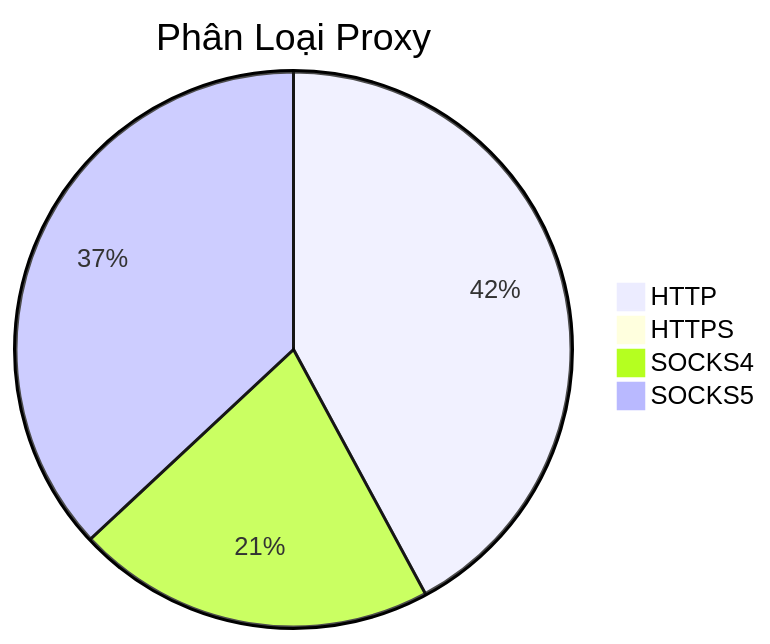
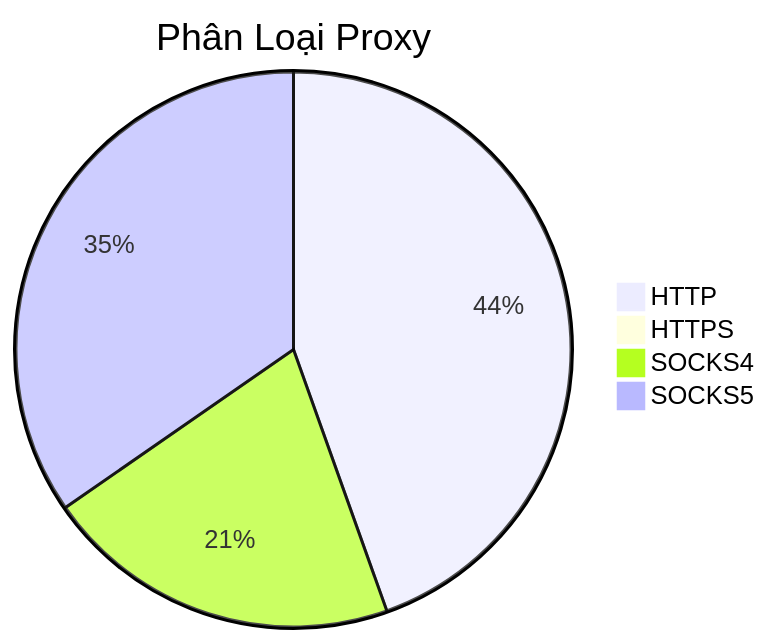
One commit to Ciara-12/PROXY-free changed the diagram in README.md. Above: the diagram before and after it, drawn with Mermaid. The commit also changed other lines of this file and 4 other files, not shown here.

````diff
--- a/README.md
+++ b/README.md
@@ -26,7 +26,7 @@
 ```mermaid
 pie title Phân Loại Proxy
-    "HTTP" : 310
-    "HTTPS" : 5
-    "SOCKS4" : 154
-    "SOCKS5" : 272
+    "HTTP" : 351
+    "HTTPS" : 3
+    "SOCKS4" : 164
+    "SOCKS5" : 273
 ```
````
